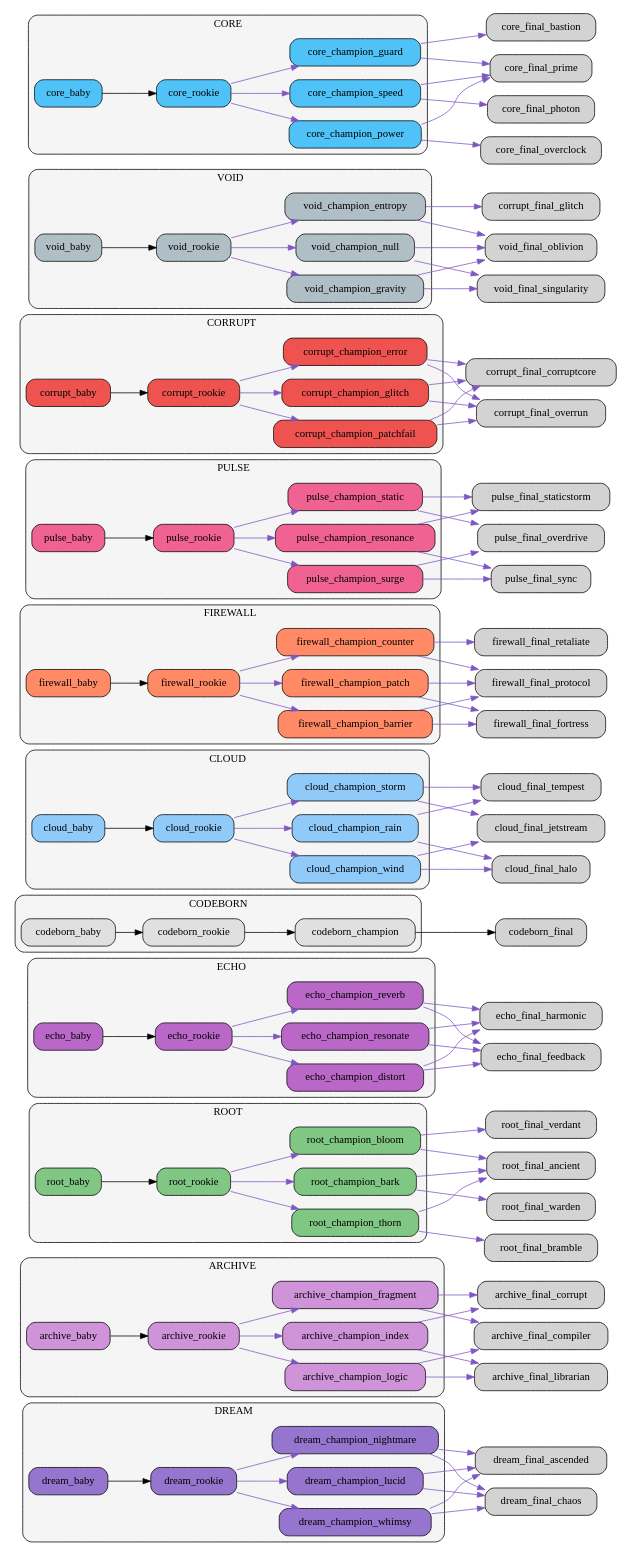
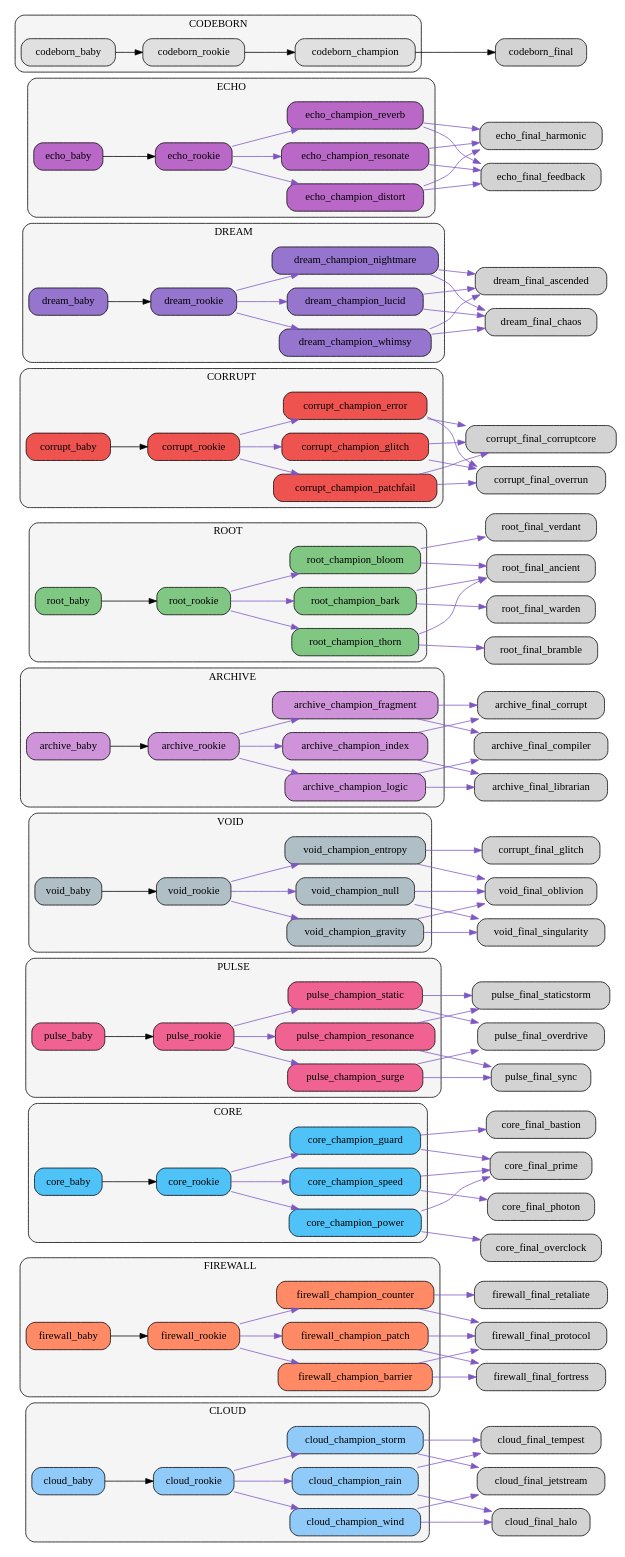
The diagram in src/netgrid/systems/evolution/graphs/clusters/evolution_clusters.dot (bwlight/NetGrid), drawn with Graphviz before and after one commit. The commit also changed other lines of this file and 8 other files, not shown here.

Commit message:
Auto-update evolution graphs

```diff
--- a/src/netgrid/systems/evolution/graphs/clusters/evolution_clusters.dot
+++ b/src/netgrid/systems/evolution/graphs/clusters/evolution_clusters.dot
@@ -1,14 +1,50 @@
 digraph EvolutionTree {
   rankdir=LR;
   node [shape=box, style="rounded,filled"];
-  subgraph cluster_dream {
-    label="DREAM";
+  subgraph cluster_cloud {
+    label="CLOUD";
     style="rounded,filled"; fillcolor="#f5f5f5";
-    "dream_baby" [fillcolor="#9575cd"];
-    "dream_rookie" [fillcolor="#9575cd"];
-    "dream_champion_lucid" [fillcolor="#9575cd"];
-    "dream_champion_nightmare" [fillcolor="#9575cd"];
-    "dream_champion_whimsy" [fillcolor="#9575cd"];
+    "cloud_baby" [fillcolor="#90caf9"];
+    "cloud_rookie" [fillcolor="#90caf9"];
+    "cloud_champion_wind" [fillcolor="#90caf9"];
+    "cloud_champion_rain" [fillcolor="#90caf9"];
+    "cloud_champion_storm" [fillcolor="#90caf9"];
+  }
+  subgraph cluster_firewall {
+    label="FIREWALL";
+    style="rounded,filled"; fillcolor="#f5f5f5";
+    "firewall_baby" [fillcolor="#ff8a65"];
+    "firewall_rookie" [fillcolor="#ff8a65"];
+    "firewall_champion_barrier" [fillcolor="#ff8a65"];
+    "firewall_champion_counter" [fillcolor="#ff8a65"];
+    "firewall_champion_patch" [fillcolor="#ff8a65"];
+  }
+  subgraph cluster_core {
+    label="CORE";
+    style="rounded,filled"; fillcolor="#f5f5f5";
+    "core_baby" [fillcolor="#4fc3f7"];
+    "core_rookie" [fillcolor="#4fc3f7"];
+    "core_champion_power" [fillcolor="#4fc3f7"];
+    "core_champion_guard" [fillcolor="#4fc3f7"];
+    "core_champion_speed" [fillcolor="#4fc3f7"];
+  }
+  subgraph cluster_pulse {
+    label="PULSE";
+    style="rounded,filled"; fillcolor="#f5f5f5";
+    "pulse_baby" [fillcolor="#f06292"];
+    "pulse_rookie" [fillcolor="#f06292"];
+    "pulse_champion_surge" [fillcolor="#f06292"];
+    "pulse_champion_resonance" [fillcolor="#f06292"];
+    "pulse_champion_static" [fillcolor="#f06292"];
+  }
+  subgraph cluster_void {
+    label="VOID";
+    style="rounded,filled"; fillcolor="#f5f5f5";
+    "void_baby" [fillcolor="#b0bec5"];
+    "void_rookie" [fillcolor="#b0bec5"];
+    "void_champion_entropy" [fillcolor="#b0bec5"];
+    "void_champion_gravity" [fillcolor="#b0bec5"];
+    "void_champion_null" [fillcolor="#b0bec5"];
   }
   subgraph cluster_archive {
     label="ARCHIVE";
@@ -28,6 +64,24 @@
     "root_champion_bloom" [fillcolor="#81c784"];
     "root_champion_bark" [fillcolor="#81c784"];
   }
+  subgraph cluster_corrupt {
+    label="CORRUPT";
+    style="rounded,filled"; fillcolor="#f5f5f5";
+    "corrupt_baby" [fillcolor="#ef5350"];
+    "corrupt_rookie" [fillcolor="#ef5350"];
+    "corrupt_champion_glitch" [fillcolor="#ef5350"];
+    "corrupt_champion_error" [fillcolor="#ef5350"];
+    "corrupt_champion_patchfail" [fillcolor="#ef5350"];
+  }
+  subgraph cluster_dream {
+    label="DREAM";
+    style="rounded,filled"; fillcolor="#f5f5f5";
+    "dream_baby" [fillcolor="#9575cd"];
+    "dream_rookie" [fillcolor="#9575cd"];
+    "dream_champion_lucid" [fillcolor="#9575cd"];
+    "dream_champion_nightmare" [fillcolor="#9575cd"];
+    "dream_champion_whimsy" [fillcolor="#9575cd"];
+  }
   subgraph cluster_echo {
     label="ECHO";
     style="rounded,filled"; fillcolor="#f5f5f5";
@@ -44,70 +98,56 @@
     "codeborn_rookie" [fillcolor="#e0e0e0"];
     "codeborn_champion" [fillcolor="#e0e0e0"];
   }
-  subgraph cluster_cloud {
-    label="CLOUD";
-    style="rounded,filled"; fillcolor="#f5f5f5";
-    "cloud_baby" [fillcolor="#90caf9"];
-    "cloud_rookie" [fillcolor="#90caf9"];
-    "cloud_champion_wind" [fillcolor="#90caf9"];
-    "cloud_champion_rain" [fillcolor="#90caf9"];
-    "cloud_champion_storm" [fillcolor="#90caf9"];
-  }
-  subgraph cluster_firewall {
-    label="FIREWALL";
-    style="rounded,filled"; fillcolor="#f5f5f5";
-    "firewall_baby" [fillcolor="#ff8a65"];
-    "firewall_rookie" [fillcolor="#ff8a65"];
-    "firewall_champion_barrier" [fillcolor="#ff8a65"];
-    "firewall_champion_counter" [fillcolor="#ff8a65"];
-    "firewall_champion_patch" [fillcolor="#ff8a65"];
-  }
-  subgraph cluster_pulse {
-    label="PULSE";
-    style="rounded,filled"; fillcolor="#f5f5f5";
-    "pulse_baby" [fillcolor="#f06292"];
-    "pulse_rookie" [fillcolor="#f06292"];
-    "pulse_champion_surge" [fillcolor="#f06292"];
-    "pulse_champion_resonance" [fillcolor="#f06292"];
-    "pulse_champion_static" [fillcolor="#f06292"];
-  }
-  subgraph cluster_corrupt {
-    label="CORRUPT";
-    style="rounded,filled"; fillcolor="#f5f5f5";
-    "corrupt_baby" [fillcolor="#ef5350"];
-    "corrupt_rookie" [fillcolor="#ef5350"];
-    "corrupt_champion_glitch" [fillcolor="#ef5350"];
-    "corrupt_champion_error" [fillcolor="#ef5350"];
-    "corrupt_champion_patchfail" [fillcolor="#ef5350"];
-  }
-  subgraph cluster_void {
-    label="VOID";
-    style="rounded,filled"; fillcolor="#f5f5f5";
-    "void_baby" [fillcolor="#b0bec5"];
-    "void_rookie" [fillcolor="#b0bec5"];
-    "void_champion_entropy" [fillcolor="#b0bec5"];
-    "void_champion_gravity" [fillcolor="#b0bec5"];
-    "void_champion_null" [fillcolor="#b0bec5"];
-  }
-  subgraph cluster_core {
-    label="CORE";
-    style="rounded,filled"; fillcolor="#f5f5f5";
-    "core_baby" [fillcolor="#4fc3f7"];
-    "core_rookie" [fillcolor="#4fc3f7"];
-    "core_champion_power" [fillcolor="#4fc3f7"];
-    "core_champion_guard" [fillcolor="#4fc3f7"];
-    "core_champion_speed" [fillcolor="#4fc3f7"];
-  }
-  "dream_baby" -> "dream_rookie";
-  "dream_rookie" -> "dream_champion_lucid" [color="#7e57c2"];
-  "dream_rookie" -> "dream_champion_nightmare" [color="#7e57c2"];
-  "dream_rookie" -> "dream_champion_whimsy" [color="#7e57c2"];
-  "dream_champion_lucid" -> "dream_final_ascended" [color="#7e57c2"];
-  "dream_champion_lucid" -> "dream_final_chaos" [color="#7e57c2"];
-  "dream_champion_nightmare" -> "dream_final_chaos" [color="#7e57c2"];
-  "dream_champion_nightmare" -> "dream_final_ascended" [color="#7e57c2"];
-  "dream_champion_whimsy" -> "dream_final_ascended" [color="#7e57c2"];
-  "dream_champion_whimsy" -> "dream_final_chaos" [color="#7e57c2"];
+  "cloud_baby" -> "cloud_rookie";
+  "cloud_rookie" -> "cloud_champion_wind" [color="#7e57c2"];
+  "cloud_rookie" -> "cloud_champion_rain" [color="#7e57c2"];
+  "cloud_rookie" -> "cloud_champion_storm" [color="#7e57c2"];
+  "cloud_champion_wind" -> "cloud_final_jetstream" [color="#7e57c2"];
+  "cloud_champion_wind" -> "cloud_final_halo" [color="#7e57c2"];
+  "cloud_champion_rain" -> "cloud_final_halo" [color="#7e57c2"];
+  "cloud_champion_rain" -> "cloud_final_tempest" [color="#7e57c2"];
+  "cloud_champion_storm" -> "cloud_final_tempest" [color="#7e57c2"];
+  "cloud_champion_storm" -> "cloud_final_jetstream" [color="#7e57c2"];
+  "firewall_baby" -> "firewall_rookie";
+  "firewall_rookie" -> "firewall_champion_barrier" [color="#7e57c2"];
+  "firewall_rookie" -> "firewall_champion_counter" [color="#7e57c2"];
+  "firewall_rookie" -> "firewall_champion_patch" [color="#7e57c2"];
+  "firewall_champion_barrier" -> "firewall_final_fortress" [color="#7e57c2"];
+  "firewall_champion_barrier" -> "firewall_final_protocol" [color="#7e57c2"];
+  "firewall_champion_counter" -> "firewall_final_retaliate" [color="#7e57c2"];
+  "firewall_champion_counter" -> "firewall_final_protocol" [color="#7e57c2"];
+  "firewall_champion_patch" -> "firewall_final_protocol" [color="#7e57c2"];
+  "firewall_champion_patch" -> "firewall_final_fortress" [color="#7e57c2"];
+  "core_baby" -> "core_rookie";
+  "core_rookie" -> "core_champion_power" [color="#7e57c2"];
+  "core_rookie" -> "core_champion_guard" [color="#7e57c2"];
+  "core_rookie" -> "core_champion_speed" [color="#7e57c2"];
+  "core_champion_power" -> "core_final_overclock" [color="#7e57c2"];
+  "core_champion_power" -> "core_final_prime" [color="#7e57c2"];
+  "core_champion_guard" -> "core_final_bastion" [color="#7e57c2"];
+  "core_champion_guard" -> "core_final_prime" [color="#7e57c2"];
+  "core_champion_speed" -> "core_final_photon" [color="#7e57c2"];
+  "core_champion_speed" -> "core_final_prime" [color="#7e57c2"];
+  "pulse_baby" -> "pulse_rookie";
+  "pulse_rookie" -> "pulse_champion_surge" [color="#7e57c2"];
+  "pulse_rookie" -> "pulse_champion_resonance" [color="#7e57c2"];
+  "pulse_rookie" -> "pulse_champion_static" [color="#7e57c2"];
+  "pulse_champion_surge" -> "pulse_final_overdrive" [color="#7e57c2"];
+  "pulse_champion_surge" -> "pulse_final_sync" [color="#7e57c2"];
+  "pulse_champion_resonance" -> "pulse_final_sync" [color="#7e57c2"];
+  "pulse_champion_resonance" -> "pulse_final_staticstorm" [color="#7e57c2"];
+  "pulse_champion_static" -> "pulse_final_staticstorm" [color="#7e57c2"];
+  "pulse_champion_static" -> "pulse_final_overdrive" [color="#7e57c2"];
+  "void_baby" -> "void_rookie";
+  "void_rookie" -> "void_champion_entropy" [color="#7e57c2"];
+  "void_rookie" -> "void_champion_gravity" [color="#7e57c2"];
+  "void_rookie" -> "void_champion_null" [color="#7e57c2"];
+  "void_champion_entropy" -> "corrupt_final_glitch" [color="#7e57c2"];
+  "void_champion_entropy" -> "void_final_oblivion" [color="#7e57c2"];
+  "void_champion_gravity" -> "void_final_singularity" [color="#7e57c2"];
+  "void_champion_gravity" -> "void_final_oblivion" [color="#7e57c2"];
+  "void_champion_null" -> "void_final_oblivion" [color="#7e57c2"];
+  "void_champion_null" -> "void_final_singularity" [color="#7e57c2"];
   "archive_baby" -> "archive_rookie";
   "archive_rookie" -> "archive_champion_logic" [color="#7e57c2"];
   "archive_rookie" -> "archive_champion_index" [color="#7e57c2"];
@@ -128,6 +168,26 @@
   "root_champion_bloom" -> "root_final_verdant" [color="#7e57c2"];
   "root_champion_bark" -> "root_final_warden" [color="#7e57c2"];
   "root_champion_bark" -> "root_final_ancient" [color="#7e57c2"];
+  "corrupt_baby" -> "corrupt_rookie";
+  "corrupt_rookie" -> "corrupt_champion_glitch" [color="#7e57c2"];
+  "corrupt_rookie" -> "corrupt_champion_error" [color="#7e57c2"];
+  "corrupt_rookie" -> "corrupt_champion_patchfail" [color="#7e57c2"];
+  "corrupt_champion_glitch" -> "corrupt_final_corruptcore" [color="#7e57c2"];
+  "corrupt_champion_glitch" -> "corrupt_final_overrun" [color="#7e57c2"];
+  "corrupt_champion_error" -> "corrupt_final_overrun" [color="#7e57c2"];
+  "corrupt_champion_error" -> "corrupt_final_corruptcore" [color="#7e57c2"];
+  "corrupt_champion_patchfail" -> "corrupt_final_corruptcore" [color="#7e57c2"];
+  "corrupt_champion_patchfail" -> "corrupt_final_overrun" [color="#7e57c2"];
+  "dream_baby" -> "dream_rookie";
+  "dream_rookie" -> "dream_champion_lucid" [color="#7e57c2"];
+  "dream_rookie" -> "dream_champion_nightmare" [color="#7e57c2"];
+  "dream_rookie" -> "dream_champion_whimsy" [color="#7e57c2"];
+  "dream_champion_lucid" -> "dream_final_ascended" [color="#7e57c2"];
+  "dream_champion_lucid" -> "dream_final_chaos" [color="#7e57c2"];
+  "dream_champion_nightmare" -> "dream_final_chaos" [color="#7e57c2"];
+  "dream_champion_nightmare" -> "dream_final_ascended" [color="#7e57c2"];
+  "dream_champion_whimsy" -> "dream_final_ascended" [color="#7e57c2"];
+  "dream_champion_whimsy" -> "dream_final_chaos" [color="#7e57c2"];
   "echo_baby" -> "echo_rookie";
   "echo_rookie" -> "echo_champion_resonate" [color="#7e57c2"];
   "echo_rookie" -> "echo_champion_reverb" [color="#7e57c2"];
@@ -141,64 +201,4 @@
   "codeborn_baby" -> "codeborn_rookie";
   "codeborn_rookie" -> "codeborn_champion";
   "codeborn_champion" -> "codeborn_final";
-  "cloud_baby" -> "cloud_rookie";
-  "cloud_rookie" -> "cloud_champion_wind" [color="#7e57c2"];
-  "cloud_rookie" -> "cloud_champion_rain" [color="#7e57c2"];
-  "cloud_rookie" -> "cloud_champion_storm" [color="#7e57c2"];
-  "cloud_champion_wind" -> "cloud_final_jetstream" [color="#7e57c2"];
-  "cloud_champion_wind" -> "cloud_final_halo" [color="#7e57c2"];
-  "cloud_champion_rain" -> "cloud_final_halo" [color="#7e57c2"];
-  "cloud_champion_rain" -> "cloud_final_tempest" [color="#7e57c2"];
-  "cloud_champion_storm" -> "cloud_final_tempest" [color="#7e57c2"];
-  "cloud_champion_storm" -> "cloud_final_jetstream" [color="#7e57c2"];
-  "firewall_baby" -> "firewall_rookie";
-  "firewall_rookie" -> "firewall_champion_barrier" [color="#7e57c2"];
-  "firewall_rookie" -> "firewall_champion_counter" [color="#7e57c2"];
-  "firewall_rookie" -> "firewall_champion_patch" [color="#7e57c2"];
-  "firewall_champion_barrier" -> "firewall_final_fortress" [color="#7e57c2"];
-  "firewall_champion_barrier" -> "firewall_final_protocol" [color="#7e57c2"];
-  "firewall_champion_counter" -> "firewall_final_retaliate" [color="#7e57c2"];
-  "firewall_champion_counter" -> "firewall_final_protocol" [color="#7e57c2"];
-  "firewall_champion_patch" -> "firewall_final_protocol" [color="#7e57c2"];
-  "firewall_champion_patch" -> "firewall_final_fortress" [color="#7e57c2"];
-  "pulse_baby" -> "pulse_rookie";
-  "pulse_rookie" -> "pulse_champion_surge" [color="#7e57c2"];
-  "pulse_rookie" -> "pulse_champion_resonance" [color="#7e57c2"];
-  "pulse_rookie" -> "pulse_champion_static" [color="#7e57c2"];
-  "pulse_champion_surge" -> "pulse_final_overdrive" [color="#7e57c2"];
-  "pulse_champion_surge" -> "pulse_final_sync" [color="#7e57c2"];
-  "pulse_champion_resonance" -> "pulse_final_sync" [color="#7e57c2"];
-  "pulse_champion_resonance" -> "pulse_final_staticstorm" [color="#7e57c2"];
-  "pulse_champion_static" -> "pulse_final_staticstorm" [color="#7e57c2"];
-  "pulse_champion_static" -> "pulse_final_overdrive" [color="#7e57c2"];
-  "corrupt_baby" -> "corrupt_rookie";
-  "corrupt_rookie" -> "corrupt_champion_glitch" [color="#7e57c2"];
-  "corrupt_rookie" -> "corrupt_champion_error" [color="#7e57c2"];
-  "corrupt_rookie" -> "corrupt_champion_patchfail" [color="#7e57c2"];
-  "corrupt_champion_glitch" -> "corrupt_final_corruptcore" [color="#7e57c2"];
-  "corrupt_champion_glitch" -> "corrupt_final_overrun" [color="#7e57c2"];
-  "corrupt_champion_error" -> "corrupt_final_overrun" [color="#7e57c2"];
-  "corrupt_champion_error" -> "corrupt_final_corruptcore" [color="#7e57c2"];
-  "corrupt_champion_patchfail" -> "corrupt_final_corruptcore" [color="#7e57c2"];
-  "corrupt_champion_patchfail" -> "corrupt_final_overrun" [color="#7e57c2"];
-  "void_baby" -> "void_rookie";
-  "void_rookie" -> "void_champion_entropy" [color="#7e57c2"];
-  "void_rookie" -> "void_champion_gravity" [color="#7e57c2"];
-  "void_rookie" -> "void_champion_null" [color="#7e57c2"];
-  "void_champion_entropy" -> "corrupt_final_glitch" [color="#7e57c2"];
-  "void_champion_entropy" -> "void_final_oblivion" [color="#7e57c2"];
-  "void_champion_gravity" -> "void_final_singularity" [color="#7e57c2"];
-  "void_champion_gravity" -> "void_final_oblivion" [color="#7e57c2"];
-  "void_champion_null" -> "void_final_oblivion" [color="#7e57c2"];
-  "void_champion_null" -> "void_final_singularity" [color="#7e57c2"];
-  "core_baby" -> "core_rookie";
-  "core_rookie" -> "core_champion_power" [color="#7e57c2"];
-  "core_rookie" -> "core_champion_guard" [color="#7e57c2"];
-  "core_rookie" -> "core_champion_speed" [color="#7e57c2"];
-  "core_champion_power" -> "core_final_overclock" [color="#7e57c2"];
-  "core_champion_power" -> "core_final_prime" [color="#7e57c2"];
-  "core_champion_guard" -> "core_final_bastion" [color="#7e57c2"];
-  "core_champion_guard" -> "core_final_prime" [color="#7e57c2"];
-  "core_champion_speed" -> "core_final_photon" [color="#7e57c2"];
-  "core_champion_speed" -> "core_final_prime" [color="#7e57c2"];
 }
```
